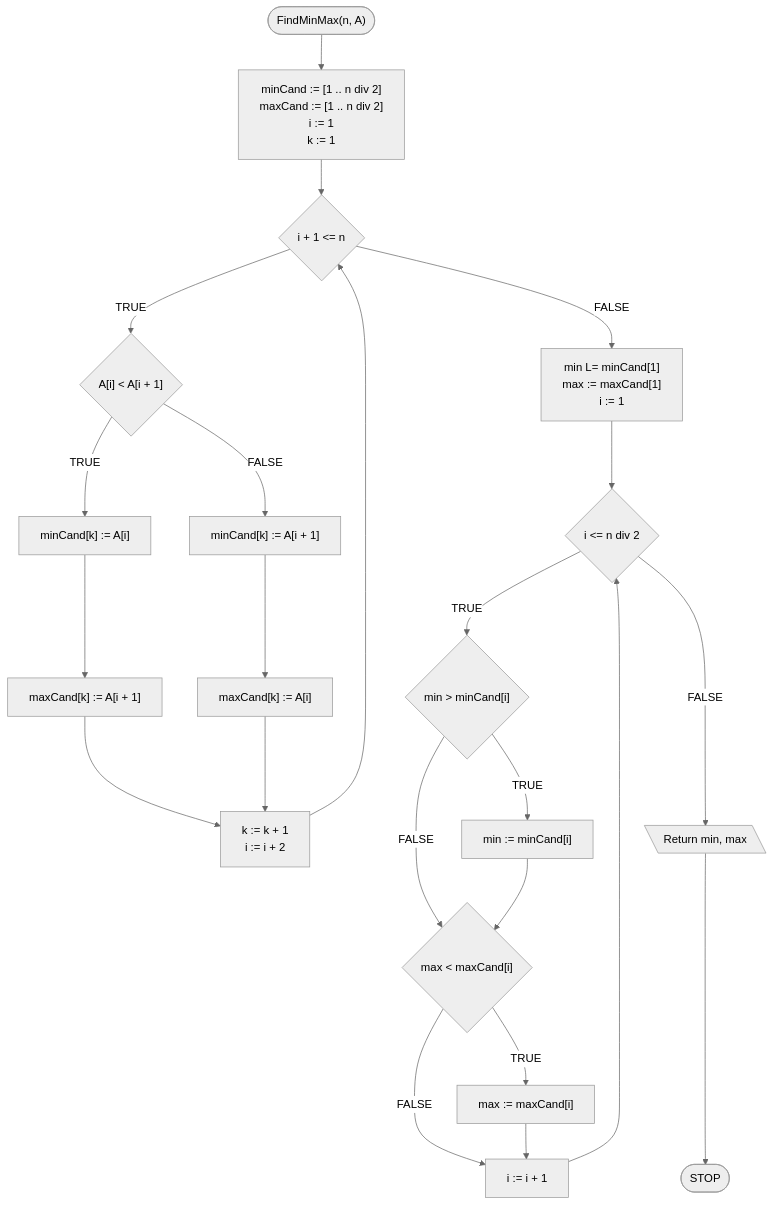
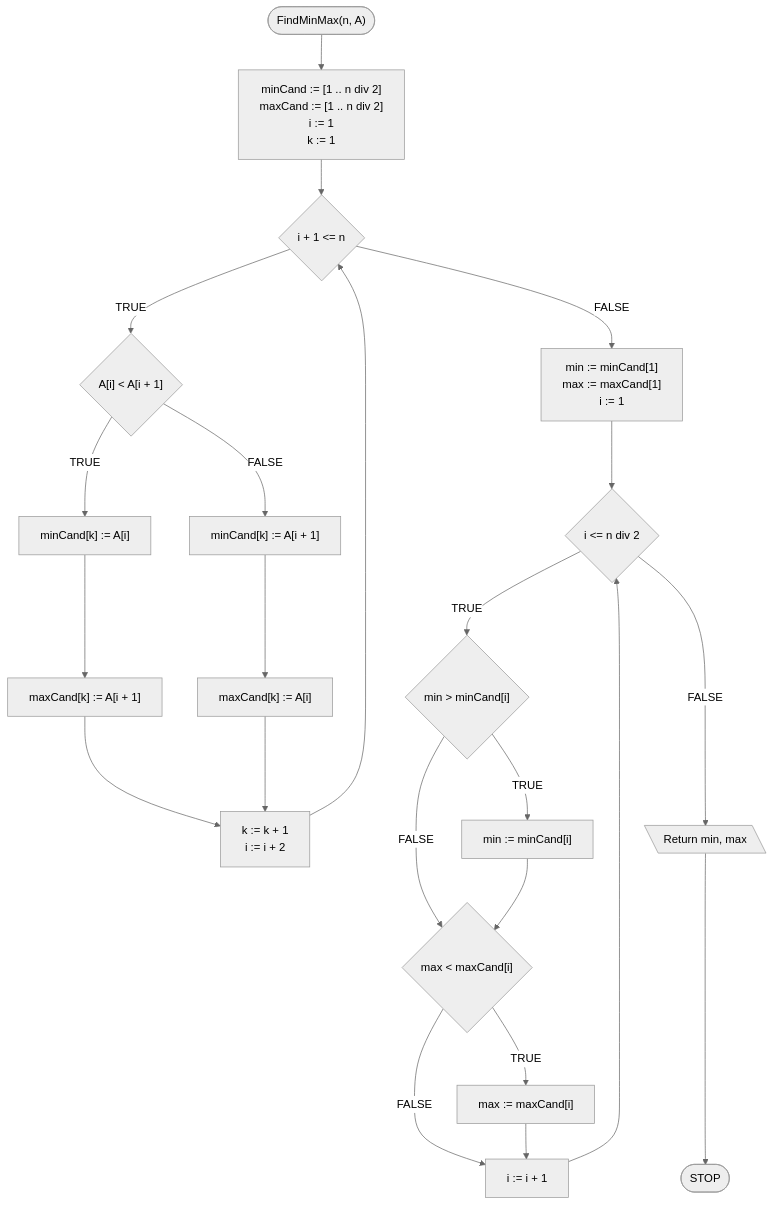
Before and after one commit to blackbat13/cs-htiew-en-gitbook: the second of 2 diagrams in algorithms/searching/min-max-search.md, drawn with Mermaid (neutral theme).

````diff
--- a/algorithms/searching/min-max-search.md
+++ b/algorithms/searching/min-max-search.md
@@ -115,25 +115,25 @@
 ```mermaid
 flowchart TD
 	START(["FindMinMax(n, A)"]) --> K1["minCand := [1 .. n div 2]\nmaxCand := [1 .. n div 2]\ni := 1\nk := 1"]
 	K1 --> K5{i + 1 <= n}
 	K5 -- TRUE --> K6{"A[i] < A[i + 1]"}
 	K6 -- TRUE --> K7["minCand[k] := A[i]"]
 	K7 --> K8["maxCand[k] := A[i + 1]"]
 	K6 -- FALSE --> K10["minCand[k] := A[i + 1]"]
 	K10 --> K11["maxCand[k] := A[i]"]
 	K8 --> K12[k := k + 1\ni := i + 2]
 	K11 --> K12
 	K12 --> K5
-	K5 -- FALSE --> K14["min L= minCand[1]\nmax := maxCand[1]\ni := 1"]
+	K5 -- FALSE --> K14["min := minCand[1]\nmax := maxCand[1]\ni := 1"]
 	K14 --> K16{i <= n div 2}
 	K16 -- TRUE --> K17{"min > minCand[i]"}
 	K17 -- TRUE --> K18["min := minCand[i]"]
 	K17 -- FALSE --> K19{"max < maxCand[i]"}
 	K18 --> K19
 	K19 -- TRUE --> K20["max := maxCand[i]"]
 	K19 -- FALSE --> K16i[i := i + 1]
 	K20 --> K16i
 	K16i --> K16
 	K16 -- FALSE ---> K21[\"Return min, max"\]
 	K21 ----> STOP([STOP])
 ```
````
